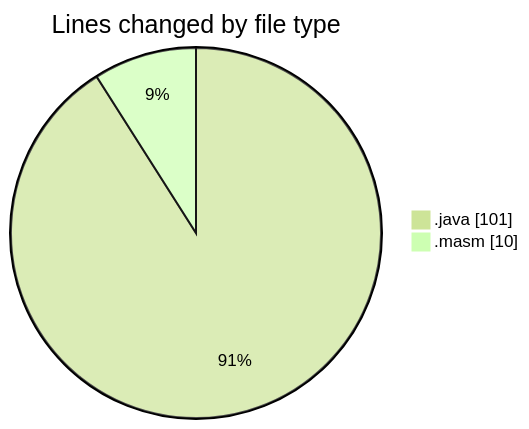
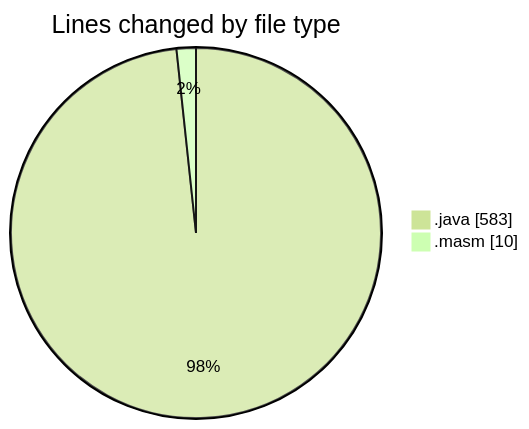
One commit to charlie-sans/code-tracking changed the first of 2 diagrams in 2025-02-19/masm/README.md. Above: the diagram before and after it, drawn with Mermaid (forest theme). The commit also changed other lines of this file and 1 other file, not shown here.

````diff
--- a/2025-02-19/masm/README.md
+++ b/2025-02-19/masm/README.md
@@ -22,6 +23,6 @@
 ```mermaid
 pie showData
 title Lines changed by file type
-".java" : 101
+".java" : 583
 ".masm" : 10
 ```
````
